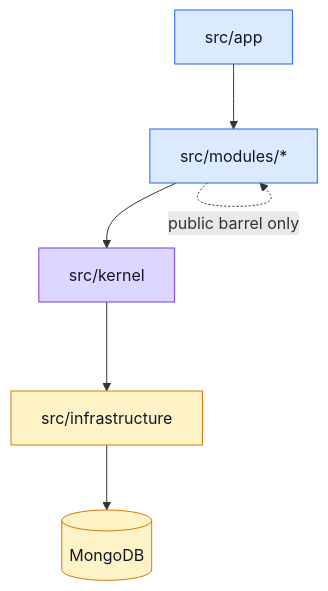
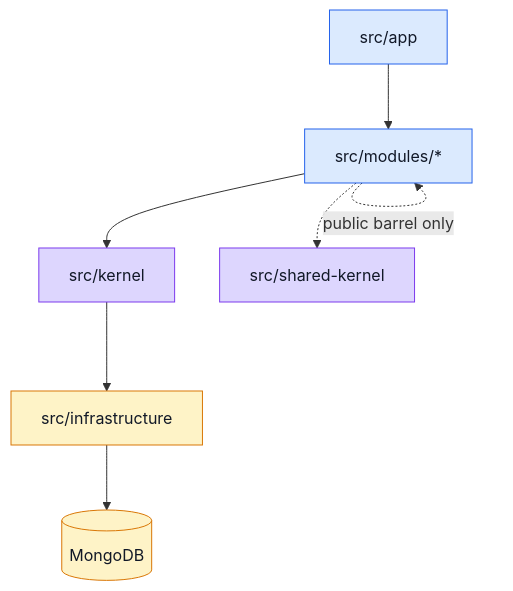
One commit to Guebbit/boilerplate-node-backend changed the first of 3 diagrams in docs/theory/layers.md. Above: the diagram before and after it, drawn with Mermaid. The commit also changed other lines of this file and 32 other files, not shown here.

First line of the commit message:
refactor(shared-kernel): move Money to its own tier that domain folders may import

````diff
--- a/docs/theory/layers.md
+++ b/docs/theory/layers.md
@@ -15,17 +15,19 @@
 ```mermaid
 %%{init: {'flowchart': {'nodeSpacing': 45, 'rankSpacing': 65}}}%%
 flowchart TD
     A[src/app] --> M[src/modules/*]
     M --> P[src/kernel]
     P --> C[src/infrastructure]
+    M -.-> SK[src/shared-kernel]
     C --> DB[(MongoDB)]
     M -.->|public barrel only| M
 
     classDef domain fill:#dbeafe,stroke:#2563eb,color:#111827;
     classDef plat fill:#ddd6fe,stroke:#7c3aed,color:#111827;
     classDef base fill:#fef3c7,stroke:#d97706,color:#111827;
     class A domain;
     class M domain;
     class P plat;
     class C,DB base;
+    class SK plat;
 ```
````
